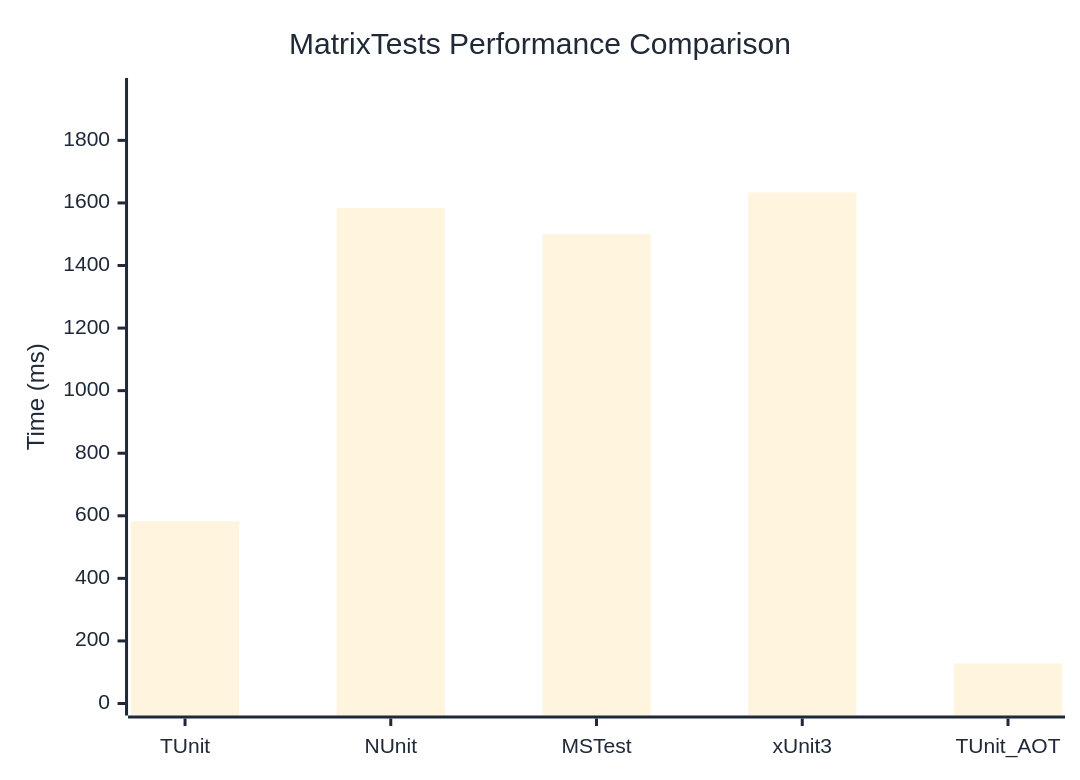
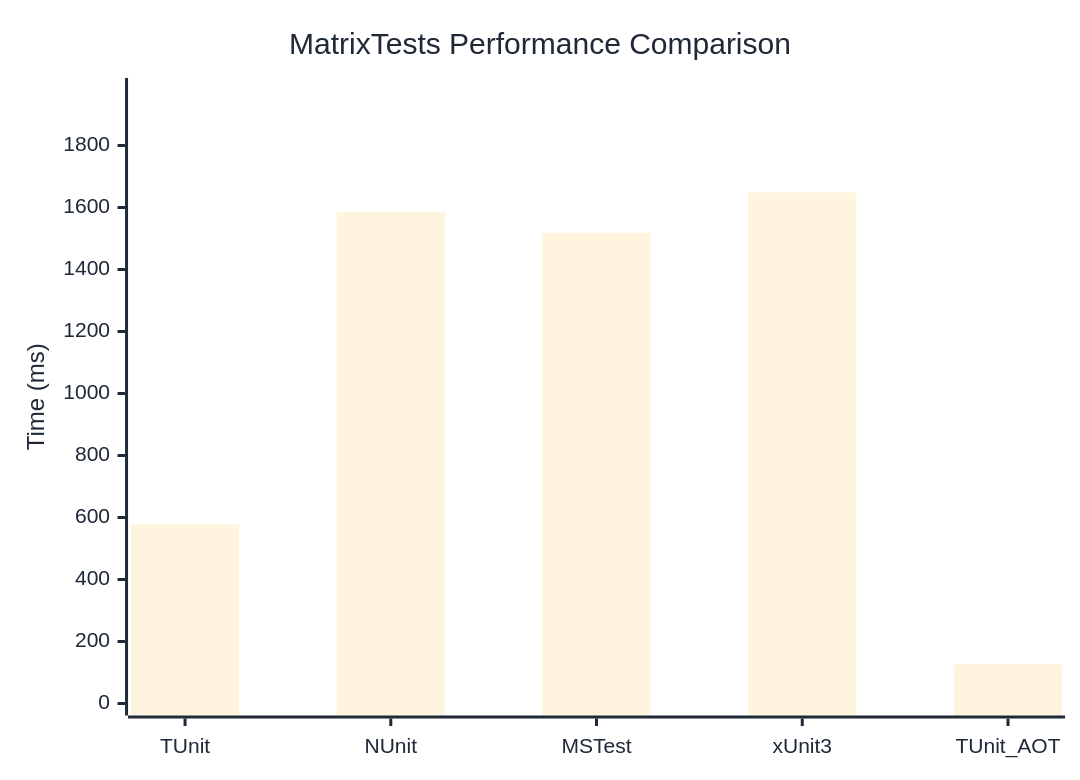
The diagram in docs/docs/benchmarks/MatrixTests.md (weiyilai/TUnit), drawn with Mermaid before and after one commit. The commit also changed other lines of this file and 17 other files, not shown here.

````diff
--- a/docs/docs/benchmarks/MatrixTests.md
+++ b/docs/docs/benchmarks/MatrixTests.md
@@ -27,37 +27,37 @@
 ```mermaid
 %%{init: {
   'theme':'base',
   'themeVariables': {
     'primaryColor': '#2563eb',
     'primaryTextColor': '#1f2937',
     'primaryBorderColor': '#1e40af',
     'lineColor': '#6b7280',
     'secondaryColor': '#7c3aed',
     'tertiaryColor': '#dc2626',
     'background': '#ffffff',
     'mainBkg': '#2563eb',
     'secondBkg': '#7c3aed',
     'tertiaryBkg': '#dc2626',
     'clusterBkg': '#f3f4f6',
     'edgeLabelBackground': '#ffffff',
     'tertiaryTextColor': '#1f2937',
     'pie1': '#2563eb',
     'pie2': '#7c3aed',
     'pie3': '#dc2626',
     'pie4': '#f59e0b',
     'pie5': '#10b981',
     'pie6': '#06b6d4',
     'pie7': '#ec4899',
     'pie8': '#6366f1',
     'pie9': '#84cc16',
     'pie10': '#f97316',
     'pie11': '#14b8a6',
     'pie12': '#a855f7'
   }
 }}%%
 xychart-beta
   title "MatrixTests Performance Comparison"
   x-axis ["TUnit", "NUnit", "MSTest", "xUnit3", "TUnit_AOT"]
-  y-axis "Time (ms)" 0 --> 1961
-  bar [582.6, 1584, 1500.9, 1633.5, 128]
+  y-axis "Time (ms)" 0 --> 1979
+  bar [578.4, 1586, 1518.5, 1648.9, 127.1]
 ```
````
